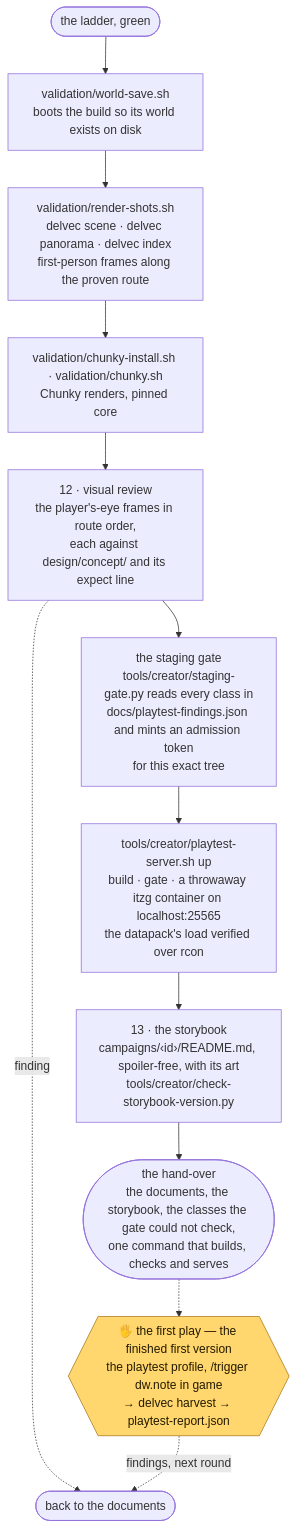
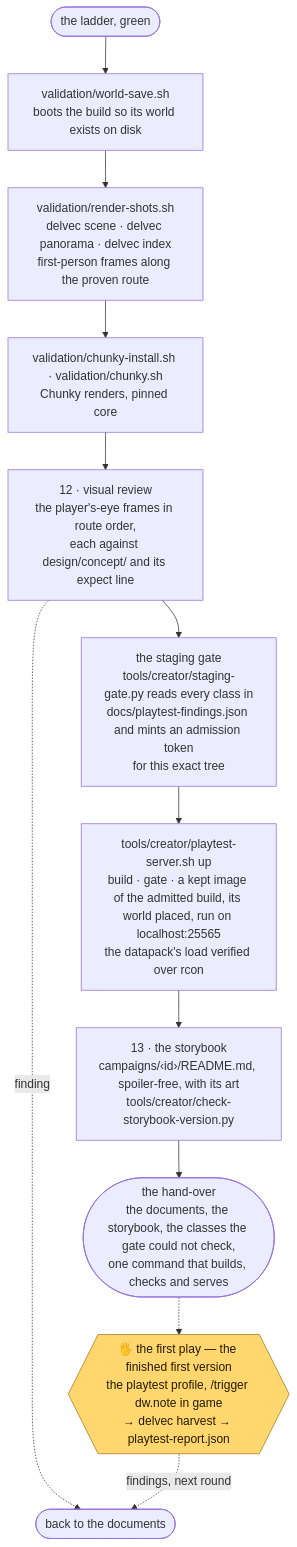
The sixth of 9 diagrams in docs/how-it-works.md (stellarfeline/delvewright), drawn with Mermaid before and after one commit. The commit also changed other lines of this file and 7 other files, not shown here.

First line of the commit message:
docs: the playtest server keeps an image, and a reopen is docker run

````diff
--- a/docs/how-it-works.md
+++ b/docs/how-it-works.md
@@ -140,16 +140,16 @@
 ```mermaid
 flowchart TD
     G(["the ladder, green"]) --> WS2["validation/world-save.sh<br/>boots the build so its world exists on disk"]
     WS2 --> RS["validation/render-shots.sh<br/>delvec scene · delvec panorama · delvec index<br/>first-person frames along the proven route"]
     RS --> CK["validation/chunky-install.sh · validation/chunky.sh<br/>Chunky renders, pinned core"]
     CK --> VR["12 · visual review<br/>the player's-eye frames in route order,<br/>each against design/concept/ and its expect line"]
     VR -.->|"finding"| BACK(["back to the documents"])
     VR --> SG["the staging gate<br/>tools/creator/staging-gate.py reads every class in<br/>docs/playtest-findings.json and mints an admission token<br/>for this exact tree"]
-    SG --> UP["tools/creator/playtest-server.sh up<br/>build · gate · a throwaway itzg container on localhost:25565<br/>the datapack's load verified over rcon"]
+    SG --> UP["tools/creator/playtest-server.sh up<br/>build · gate · a kept image of the admitted build, its world placed, run on localhost:25565<br/>the datapack's load verified over rcon"]
     UP --> HO["13 · the storybook<br/>campaigns/‹id›/README.md, spoiler-free, with its art<br/>tools/creator/check-storybook-version.py"]
     HO --> OUT(["the hand-over<br/>the documents, the storybook, the classes the gate could not check,<br/>one command that builds, checks and serves"])
     OUT -.-> PLAY{{"🖐 the first play — the finished first version<br/>the playtest profile, /trigger dw.note in game<br/>→ delvec harvest → playtest-report.json"}}:::human
     PLAY -.->|"findings, next round"| BACK
 
     classDef human fill:#ffd76e,stroke:#a9761a,color:#241a00
 ```
````
